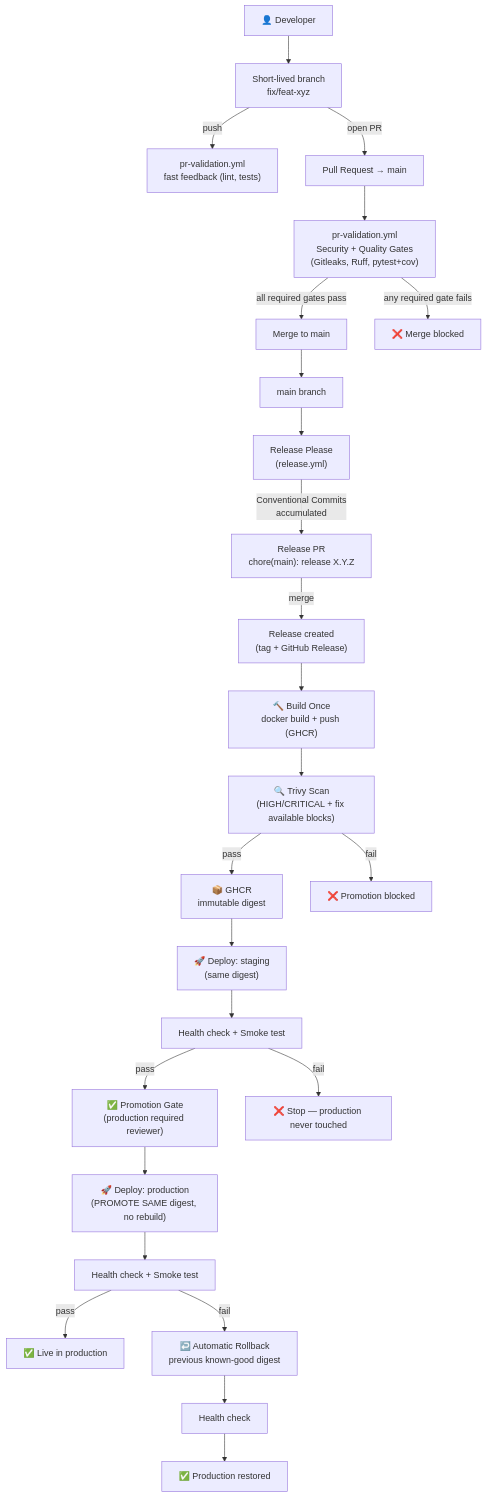
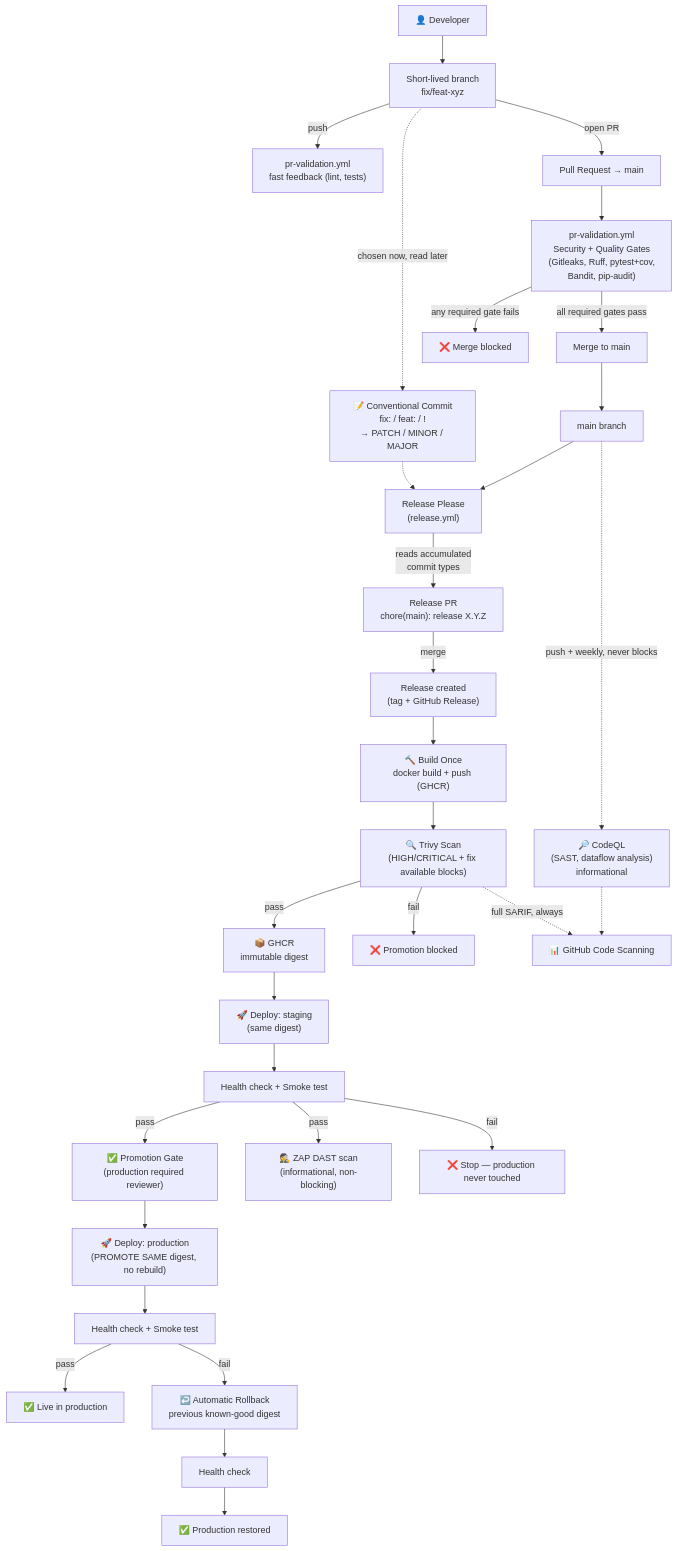
Before and after one commit to eazysec/cicd-devsecops-demo: the first of 2 diagrams in README.md, drawn with Mermaid. The commit also changed 1 other file, not shown here.

Commit message:
docs: bring the architecture diagram up to date with the real pipeline
The diagram (README + docs/diagrams/pipeline.mmd, kept identical)
predated Bandit, pip-audit, CodeQL, ZAP, and the Trivy/CodeQL -> Code
Scanning SARIF path — all real, shipped parts of the pipeline it
claims to depict. Added:
- Bandit/pip-audit to the PR gate box
- ZAP DAST as a non-blocking branch off the staging health/smoke check
- Trivy's SARIF upload to Code Scanning, shown separately from the
  blocking HIGH/CRITICAL gate
- CodeQL as a dashed, decoupled branch off main (push + weekly, never
  gates anything) feeding the same Code Scanning node as Trivy
- Conventional Commits as its own annotated node off the branch step,
  rather than only a label on Release Please's edge — the commit type
  is chosen far upstream of release time, and Release Please just
  reads what was already decided, not the other way around

Validated by actually rendering both copies with mermaid-cli
(headless Chromium, --no-sandbox) rather than eyeballing the syntax.

````diff
--- a/README.md
+++ b/README.md
@@ -51,27 +51,34 @@
 ```mermaid
 flowchart TD
     Dev["👤 Developer"] --> Branch["Short-lived branch\nfix/feat-xyz"]
+    Branch -.->|chosen now, read later| CommitType["📝 Conventional Commit\nfix: / feat: / !\n→ PATCH / MINOR / MAJOR"]
+    CommitType -.-> RP
     Branch -->|push| FastFeedback["pr-validation.yml\nfast feedback (lint, tests)"]
     Branch -->|open PR| PR["Pull Request → main"]
-    PR --> Gates["pr-validation.yml\nSecurity + Quality Gates\n(Gitleaks, Ruff, pytest+cov)"]
+    PR --> Gates["pr-validation.yml\nSecurity + Quality Gates\n(Gitleaks, Ruff, pytest+cov,\nBandit, pip-audit)"]
     Gates -->|all required gates pass| Merge["Merge to main"]
     Gates -->|any required gate fails| Blocked["❌ Merge blocked"]
     Merge --> Main["main branch"]
     Main --> RP["Release Please\n(release.yml)"]
-    RP -->|Conventional Commits\naccumulated| ReleasePR["Release PR\nchore(main): release X.Y.Z"]
+    RP -->|reads accumulated\ncommit types| ReleasePR["Release PR\nchore(main): release X.Y.Z"]
     ReleasePR -->|merge| Release["Release created\n(tag + GitHub Release)"]
     Release --> BuildOnce["🔨 Build Once\ndocker build + push (GHCR)"]
     BuildOnce --> Scan["🔍 Trivy Scan\n(HIGH/CRITICAL + fix available blocks)"]
     Scan -->|pass| Registry["📦 GHCR\nimmutable digest"]
     Scan -->|fail| ScanBlocked["❌ Promotion blocked"]
+    Scan -.->|full SARIF, always| CodeScanning["📊 GitHub Code Scanning"]
     Registry --> Staging["🚀 Deploy: staging\n(same digest)"]
     Staging --> VerifyStaging["Health check + Smoke test"]
     VerifyStaging -->|pass| PromotionGate["✅ Promotion Gate\n(production required reviewer)"]
+    VerifyStaging -->|pass| ZAP["🕵️ ZAP DAST scan\n(informational, non-blocking)"]
     VerifyStaging -->|fail| StagingFail["❌ Stop — production never touched"]
     PromotionGate --> Production["🚀 Deploy: production\n(PROMOTE SAME digest, no rebuild)"]
     Production --> VerifyProd["Health check + Smoke test"]
     VerifyProd -->|pass| Done["✅ Live in production"]
     VerifyProd -->|fail| Rollback["↩️ Automatic Rollback\nprevious known-good digest"]
     Rollback --> RollbackVerify["Health check"]
     RollbackVerify --> Restored["✅ Production restored"]
+
+    Main -.->|push + weekly, never blocks| CodeQL["🔎 CodeQL\n(SAST, dataflow analysis)\ninformational"]
+    CodeQL -.-> CodeScanning
 ```
````
